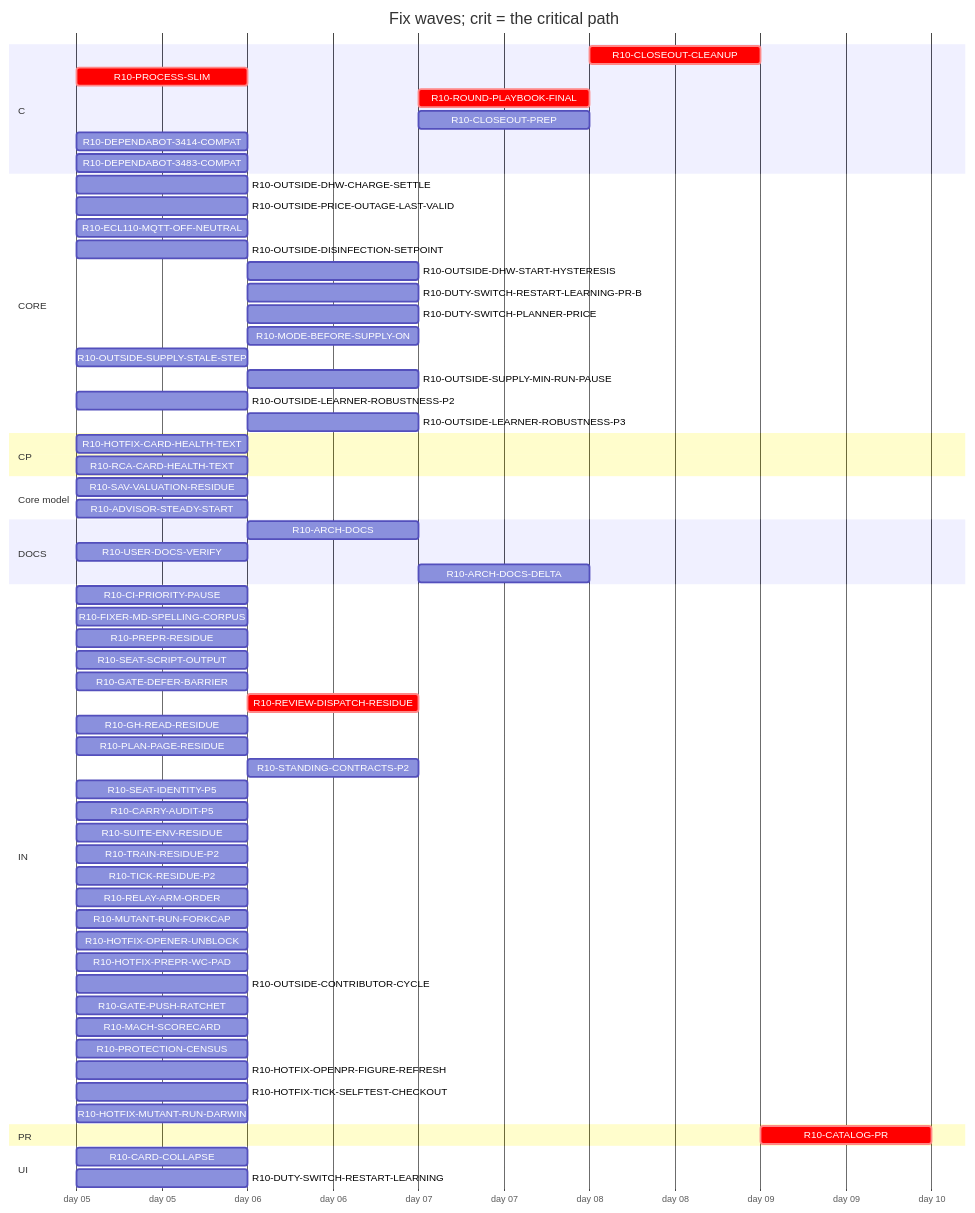
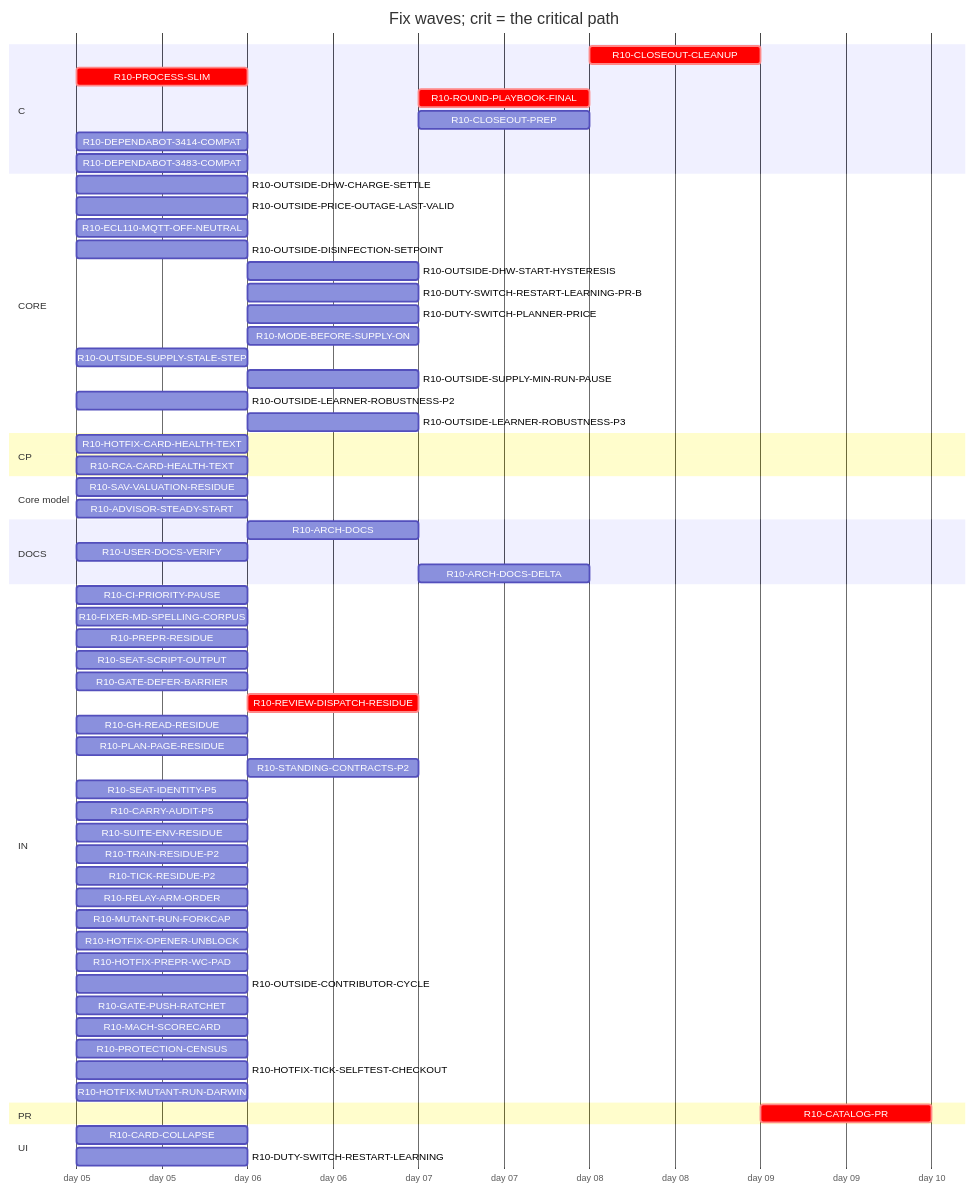
The diagram in handoff/round10/state/PLAN-TABLE.md (tvofi/heatpump_optimizer), drawn with Mermaid before and after one commit. The commit also changed other lines of this file and 3 other files, not shown here.

Commit message:
state: FLOW-BOARD.md, NEXT-SESSION-PROMPT.md, PLAN-TABLE.md, RESUME-CURRENT.md regenerated (state_docs.py)

````diff
--- a/handoff/round10/state/PLAN-TABLE.md
+++ b/handoff/round10/state/PLAN-TABLE.md
@@ -21,67 +21,66 @@
 ```mermaid
 gantt
   title Fix waves; crit = the critical path
   dateFormat YYYY-MM-DD
   axisFormat day %d
   section C
     R10-CLOSEOUT-CLEANUP :crit, r10CLOSEOUTCLEANUP, after r10ARCHDOCS r10USERDOCSVERIFY r10ROUNDPLAYBOOKFINAL r10CLOSEOUTPREP r10ARCHDOCSDELTA, 1d
     R10-PROCESS-SLIM :crit, r10PROCESSSLIM, 2026-01-05, 1d
     R10-ROUND-PLAYBOOK-FINAL :crit, r10ROUNDPLAYBOOKFINAL, after r10PROCESSSLIM r10FIXERMDSPELLINGCORPUS r10PREPRRESIDUE r10SEATSCRIPTOUTPUT r10REVIEWDISPATCHRESIDUE r10CARRYAUDITP5 r10SEATIDENTITYP5 r10STANDINGCONTRACTSP2 r10PLANPAGERESIDUE r10GHREADRESIDUE r10SUITEENVRESIDUE r10GATEDEFERBARRIER, 1d
     R10-CLOSEOUT-PREP :r10CLOSEOUTPREP, after r10ARCHDOCS r10PROCESSSLIM r10FIXERMDSPELLINGCORPUS r10PREPRRESIDUE r10SEATSCRIPTOUTPUT r10REVIEWDISPATCHRESIDUE r10CARRYAUDITP5 r10SEATIDENTITYP5 r10STANDINGCONTRACTSP2 r10PLANPAGERESIDUE r10GHREADRESIDUE r10SUITEENVRESIDUE r10GATEDEFERBARRIER, 1d
     R10-DEPENDABOT-3414-COMPAT :r10DEPENDABOT3414COMPAT, 2026-01-05, 1d
     R10-DEPENDABOT-3483-COMPAT :r10DEPENDABOT3483COMPAT, 2026-01-05, 1d
   section CORE
     R10-OUTSIDE-DHW-CHARGE-SETTLE :r10OUTSIDEDHWCHARGESETTLE, 2026-01-05, 1d
     R10-OUTSIDE-PRICE-OUTAGE-LAST-VALID :r10OUTSIDEPRICEOUTAGELASTVALID, 2026-01-05, 1d
     R10-ECL110-MQTT-OFF-NEUTRAL :r10ECL110MQTTOFFNEUTRAL, 2026-01-05, 1d
     R10-OUTSIDE-DISINFECTION-SETPOINT :r10OUTSIDEDISINFECTIONSETPOINT, 2026-01-05, 1d
     R10-OUTSIDE-DHW-START-HYSTERESIS :r10OUTSIDEDHWSTARTHYSTERESIS, after r10OUTSIDEDISINFECTIONSETPOINT, 1d
     R10-DUTY-SWITCH-RESTART-LEARNING-PR-B :r10DUTYSWITCHRESTARTLEARNINGPRB, after r10DUTYSWITCHRESTARTLEARNING, 1d
     R10-DUTY-SWITCH-PLANNER-PRICE :r10DUTYSWITCHPLANNERPRICE, after r10DUTYSWITCHRESTARTLEARNING, 1d
     R10-MODE-BEFORE-SUPPLY-ON :r10MODEBEFORESUPPLYON, after r10DUTYSWITCHRESTARTLEARNING, 1d
     R10-OUTSIDE-SUPPLY-STALE-STEP :r10OUTSIDESUPPLYSTALESTEP, 2026-01-05, 1d
     R10-OUTSIDE-SUPPLY-MIN-RUN-PAUSE :r10OUTSIDESUPPLYMINRUNPAUSE, after r10OUTSIDESUPPLYSTALESTEP, 1d
     R10-OUTSIDE-LEARNER-ROBUSTNESS-P2 :r10OUTSIDELEARNERROBUSTNESSP2, 2026-01-05, 1d
     R10-OUTSIDE-LEARNER-ROBUSTNESS-P3 :r10OUTSIDELEARNERROBUSTNESSP3, after r10OUTSIDELEARNERROBUSTNESSP2, 1d
   section CP
     R10-HOTFIX-CARD-HEALTH-TEXT :r10HOTFIXCARDHEALTHTEXT, 2026-01-05, 1d
     R10-RCA-CARD-HEALTH-TEXT :r10RCACARDHEALTHTEXT, 2026-01-05, 1d
   section Core model
     R10-SAV-VALUATION-RESIDUE :r10SAVVALUATIONRESIDUE, 2026-01-05, 1d
     R10-ADVISOR-STEADY-START :r10ADVISORSTEADYSTART, 2026-01-05, 1d
   section DOCS
     R10-ARCH-DOCS :r10ARCHDOCS, after r10PROCESSSLIM, 1d
     R10-USER-DOCS-VERIFY :r10USERDOCSVERIFY, 2026-01-05, 1d
     R10-ARCH-DOCS-DELTA :r10ARCHDOCSDELTA, after r10ARCHDOCS r10SAVVALUATIONRESIDUE r10ADVISORSTEADYSTART, 1d
   section IN
     R10-CI-PRIORITY-PAUSE :r10CIPRIORITYPAUSE, 2026-01-05, 1d
     R10-FIXER-MD-SPELLING-CORPUS :r10FIXERMDSPELLINGCORPUS, 2026-01-05, 1d
     R10-PREPR-RESIDUE :r10PREPRRESIDUE, 2026-01-05, 1d
     R10-SEAT-SCRIPT-OUTPUT :r10SEATSCRIPTOUTPUT, 2026-01-05, 1d
     R10-GATE-DEFER-BARRIER :r10GATEDEFERBARRIER, 2026-01-05, 1d
     R10-REVIEW-DISPATCH-RESIDUE :crit, r10REVIEWDISPATCHRESIDUE, after r10PROCESSSLIM, 1d
     R10-GH-READ-RESIDUE :r10GHREADRESIDUE, 2026-01-05, 1d
     R10-PLAN-PAGE-RESIDUE :r10PLANPAGERESIDUE, 2026-01-05, 1d
     R10-STANDING-CONTRACTS-P2 :r10STANDINGCONTRACTSP2, after r10FIXERMDSPELLINGCORPUS, 1d
     R10-SEAT-IDENTITY-P5 :r10SEATIDENTITYP5, 2026-01-05, 1d
     R10-CARRY-AUDIT-P5 :r10CARRYAUDITP5, 2026-01-05, 1d
     R10-SUITE-ENV-RESIDUE :r10SUITEENVRESIDUE, 2026-01-05, 1d
     R10-TRAIN-RESIDUE-P2 :r10TRAINRESIDUEP2, 2026-01-05, 1d
     R10-TICK-RESIDUE-P2 :r10TICKRESIDUEP2, 2026-01-05, 1d
     R10-RELAY-ARM-ORDER :r10RELAYARMORDER, 2026-01-05, 1d
     R10-MUTANT-RUN-FORKCAP :r10MUTANTRUNFORKCAP, 2026-01-05, 1d
     R10-HOTFIX-OPENER-UNBLOCK :r10HOTFIXOPENERUNBLOCK, 2026-01-05, 1d
     R10-HOTFIX-PREPR-WC-PAD :r10HOTFIXPREPRWCPAD, 2026-01-05, 1d
     R10-OUTSIDE-CONTRIBUTOR-CYCLE :r10OUTSIDECONTRIBUTORCYCLE, 2026-01-05, 1d
     R10-GATE-PUSH-RATCHET :r10GATEPUSHRATCHET, 2026-01-05, 1d
     R10-MACH-SCORECARD :r10MACHSCORECARD, 2026-01-05, 1d
     R10-PROTECTION-CENSUS :r10PROTECTIONCENSUS, 2026-01-05, 1d
-    R10-HOTFIX-OPENPR-FIGURE-REFRESH :r10HOTFIXOPENPRFIGUREREFRESH, 2026-01-05, 1d
     R10-HOTFIX-TICK-SELFTEST-CHECKOUT :r10HOTFIXTICKSELFTESTCHECKOUT, 2026-01-05, 1d
     R10-HOTFIX-MUTANT-RUN-DARWIN :r10HOTFIXMUTANTRUNDARWIN, 2026-01-05, 1d
   section PR
     R10-CATALOG-PR :crit, r10CATALOGPR, after r10USERDOCSVERIFY r10ARCHDOCS r10ROUNDPLAYBOOKFINAL r10CLOSEOUTCLEANUP r10CLOSEOUTPREP r10ARCHDOCSDELTA, 1d
   section UI
     R10-CARD-COLLAPSE :r10CARDCOLLAPSE, 2026-01-05, 1d
     R10-DUTY-SWITCH-RESTART-LEARNING :r10DUTYSWITCHRESTARTLEARNING, 2026-01-05, 1d
 ```
````
